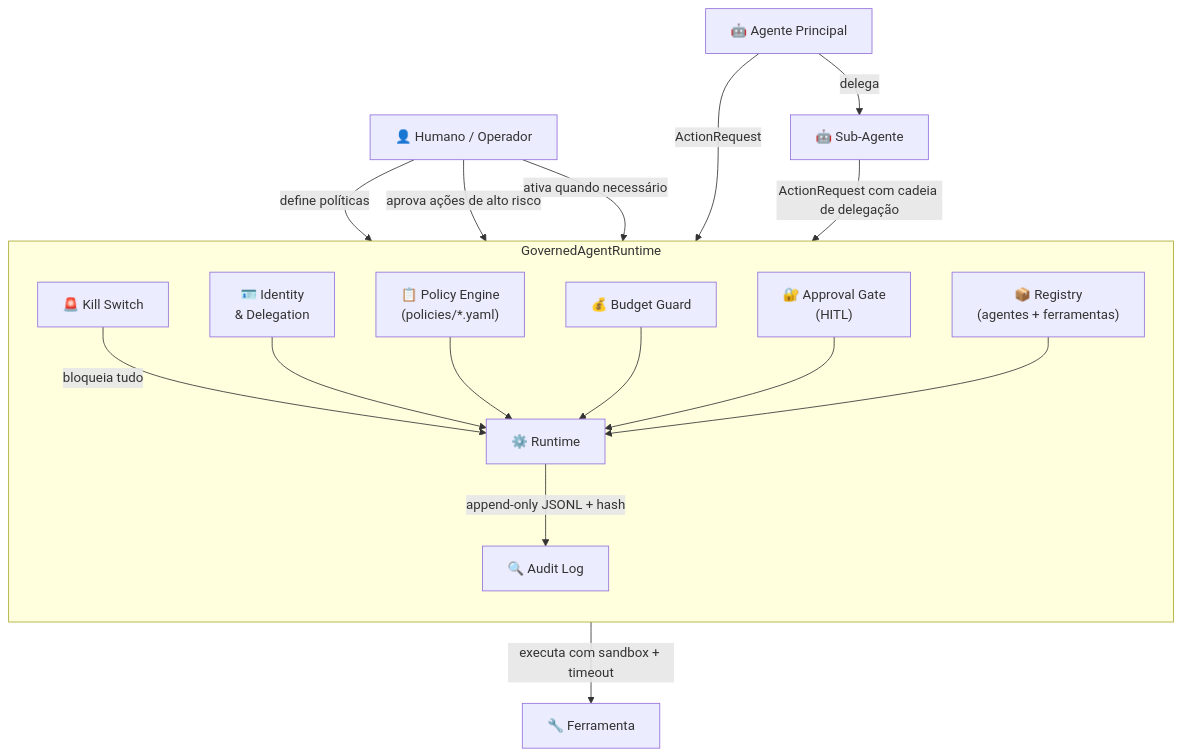
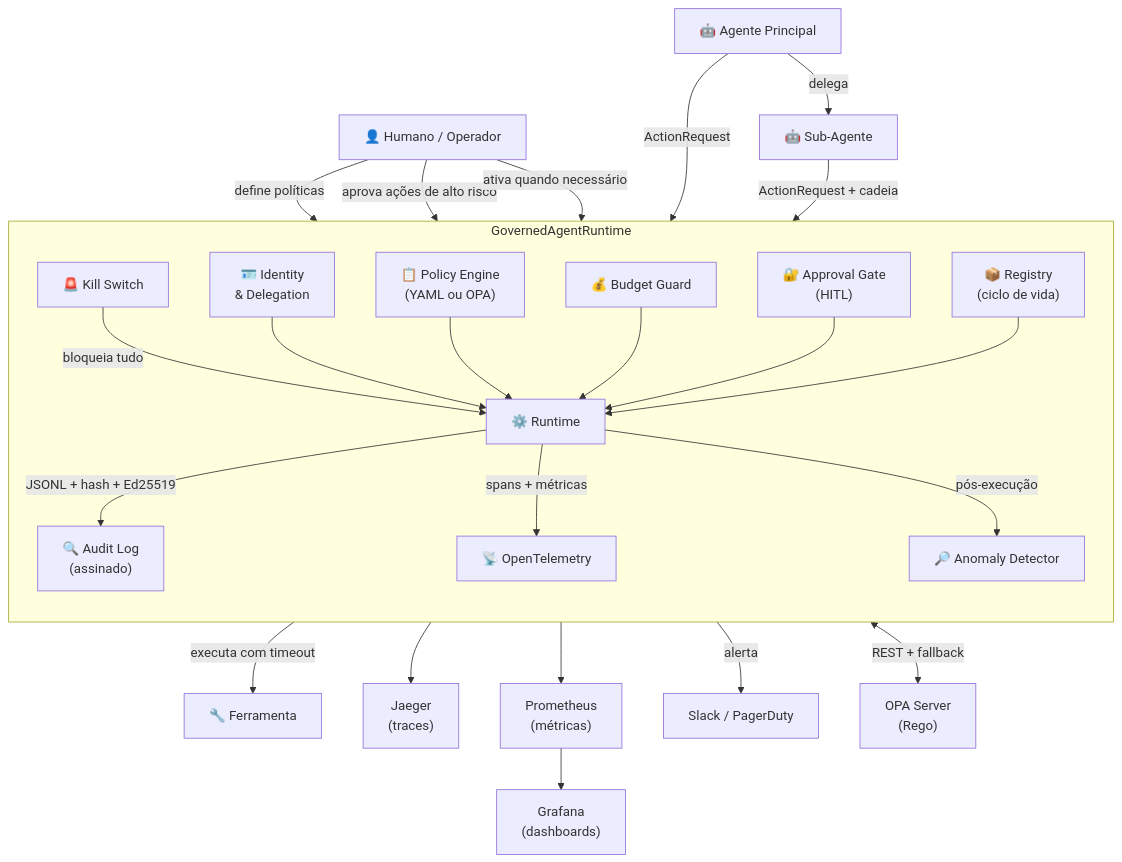
The diagram in README.md (glaucojbs/agenticgovernance), drawn with Mermaid before and after one commit. The commit also changed other lines of this file, not shown here.

````diff
--- a/README.md
+++ b/README.md
@@ -38,22 +54,30 @@
 ```mermaid
 graph TD
-    H["👤 Humano / Operador"] -->|define políticas| P["📋 Policy Engine\n(policies/*.yaml)"]
+    H["👤 Humano / Operador"] -->|define políticas| P["📋 Policy Engine\n(YAML ou OPA)"]
     H -->|aprova ações de alto risco| AP["🔐 Approval Gate\n(HITL)"]
     H -->|ativa quando necessário| KS["🚨 Kill Switch"]
 
     subgraph "GovernedAgentRuntime"
         direction TB
         KS -->|bloqueia tudo| RT["⚙️ Runtime"]
         ID["🪪 Identity\n& Delegation"] --> RT
         P --> RT
         BU["💰 Budget Guard"] --> RT
         AP --> RT
-        REG["📦 Registry\n(agentes + ferramentas)"] --> RT
-        RT -->|append-only JSONL + hash| AU["🔍 Audit Log"]
+        REG["📦 Registry\n(ciclo de vida)"] --> RT
+        RT -->|JSONL + hash + Ed25519| AU["🔍 Audit Log\n(assinado)"]
+        RT -->|spans + métricas| TEL["📡 OpenTelemetry"]
+        RT -->|pós-execução| AN["🔎 Anomaly Detector"]
     end
 
     AG["🤖 Agente Principal"] -->|ActionRequest| RT
-    RT -->|executa com sandbox + timeout| T["🔧 Ferramenta"]
+    RT -->|executa com timeout| T["🔧 Ferramenta"]
     AG -->|delega| SA["🤖 Sub-Agente"]
-    SA -->|ActionRequest com cadeia de delegação| RT
+    SA -->|ActionRequest + cadeia| RT
+
+    TEL --> JAE["Jaeger\n(traces)"]
+    TEL --> PROM["Prometheus\n(métricas)"]
+    PROM --> GRAF["Grafana\n(dashboards)"]
+    AN -->|alerta| SLACK["Slack / PagerDuty"]
+    P <-->|REST + fallback| OPA["OPA Server\n(Rego)"]
 ```
````
